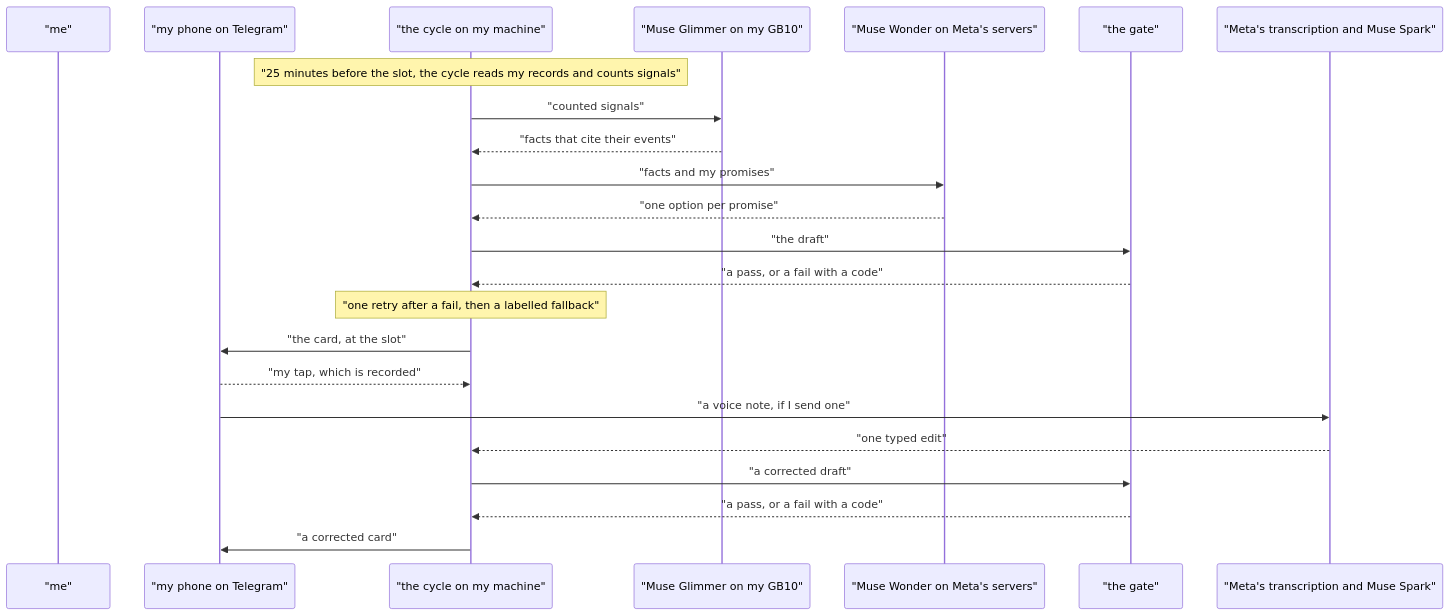
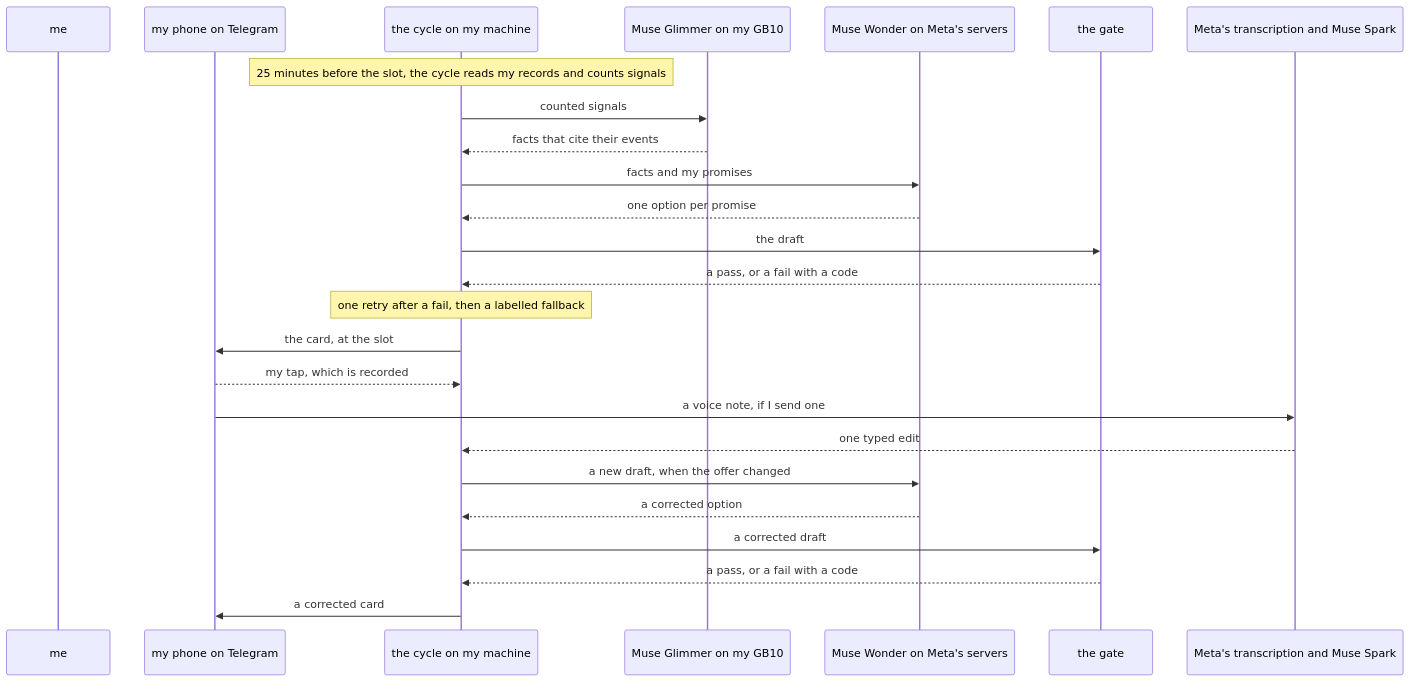
One commit to macayaven/ikigai-loop changed the third of 3 diagrams in README.md. Above: the diagram before and after it, drawn with Mermaid. The commit also changed other lines of this file and 1 other file, not shown here.

Commit message:
Docs 12: plain labels in the sequence diagram, a readable components diagram

````diff
--- a/README.md
+++ b/README.md
@@ -87,25 +87,27 @@
 ```mermaid
 sequenceDiagram
-    participant Me as "me"
-    participant Phone as "my phone on Telegram"
-    participant Cycle as "the cycle on my machine"
-    participant Glimmer as "Muse Glimmer on my GB10"
-    participant Wonder as "Muse Wonder on Meta's servers"
-    participant Gate as "the gate"
-    participant Voice as "Meta's transcription and Muse Spark"
-    Note over Cycle: "25 minutes before the slot, the cycle reads my records and counts signals"
-    Cycle->>Glimmer: "counted signals"
-    Glimmer-->>Cycle: "facts that cite their events"
-    Cycle->>Wonder: "facts and my promises"
-    Wonder-->>Cycle: "one option per promise"
-    Cycle->>Gate: "the draft"
-    Gate-->>Cycle: "a pass, or a fail with a code"
-    Note over Cycle: "one retry after a fail, then a labelled fallback"
-    Cycle->>Phone: "the card, at the slot"
-    Phone-->>Cycle: "my tap, which is recorded"
-    Phone->>Voice: "a voice note, if I send one"
-    Voice-->>Cycle: "one typed edit"
-    Cycle->>Gate: "a corrected draft"
-    Gate-->>Cycle: "a pass, or a fail with a code"
-    Cycle->>Phone: "a corrected card"
+    participant Me as me
+    participant Phone as my phone on Telegram
+    participant Cycle as the cycle on my machine
+    participant Glimmer as Muse Glimmer on my GB10
+    participant Wonder as Muse Wonder on Meta's servers
+    participant Gate as the gate
+    participant Voice as Meta's transcription and Muse Spark
+    Note over Cycle: 25 minutes before the slot, the cycle reads my records and counts signals
+    Cycle->>Glimmer: counted signals
+    Glimmer-->>Cycle: facts that cite their events
+    Cycle->>Wonder: facts and my promises
+    Wonder-->>Cycle: one option per promise
+    Cycle->>Gate: the draft
+    Gate-->>Cycle: a pass, or a fail with a code
+    Note over Cycle: one retry after a fail, then a labelled fallback
+    Cycle->>Phone: the card, at the slot
+    Phone-->>Cycle: my tap, which is recorded
+    Phone->>Voice: a voice note, if I send one
+    Voice-->>Cycle: one typed edit
+    Cycle->>Wonder: a new draft, when the offer changed
+    Wonder-->>Cycle: a corrected option
+    Cycle->>Gate: a corrected draft
+    Gate-->>Cycle: a pass, or a fail with a code
+    Cycle->>Phone: a corrected card
 ```
````
